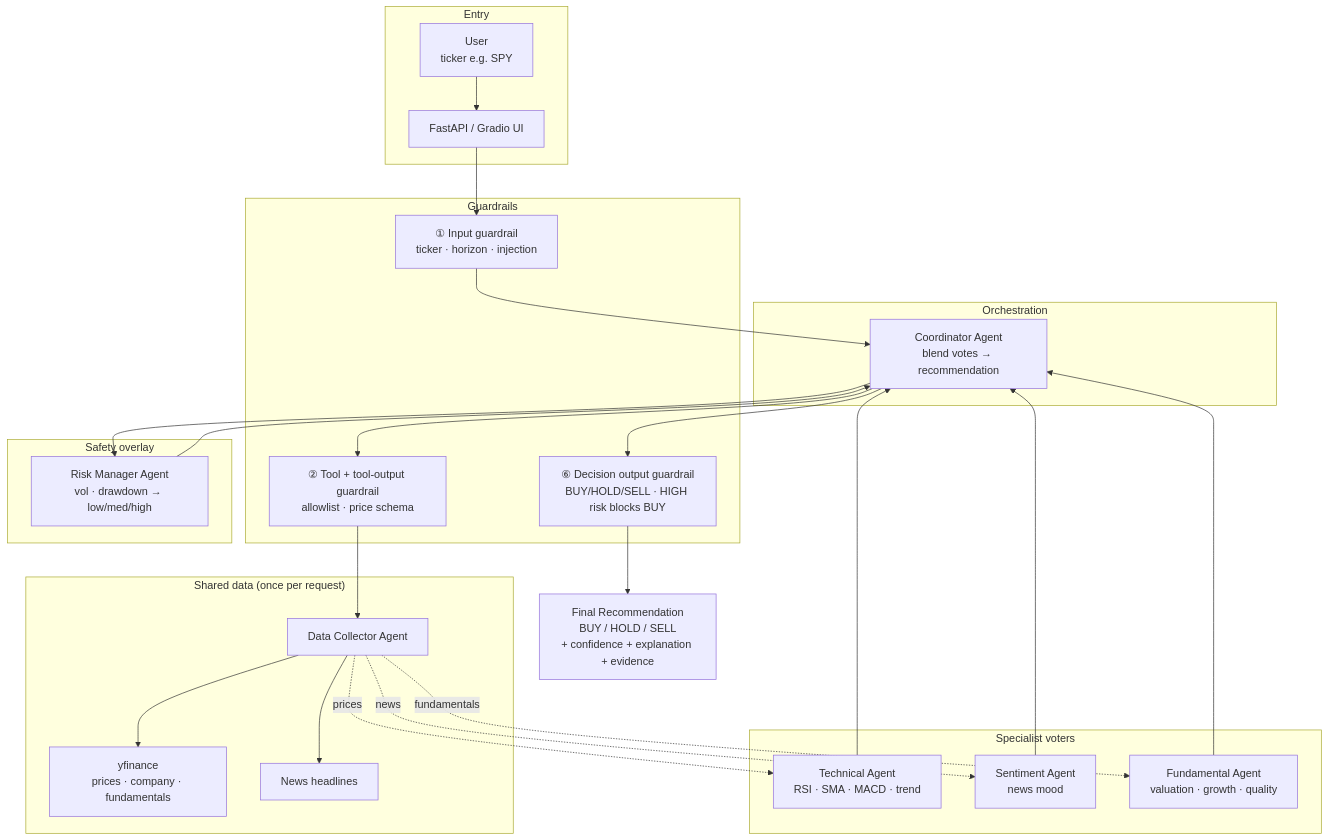
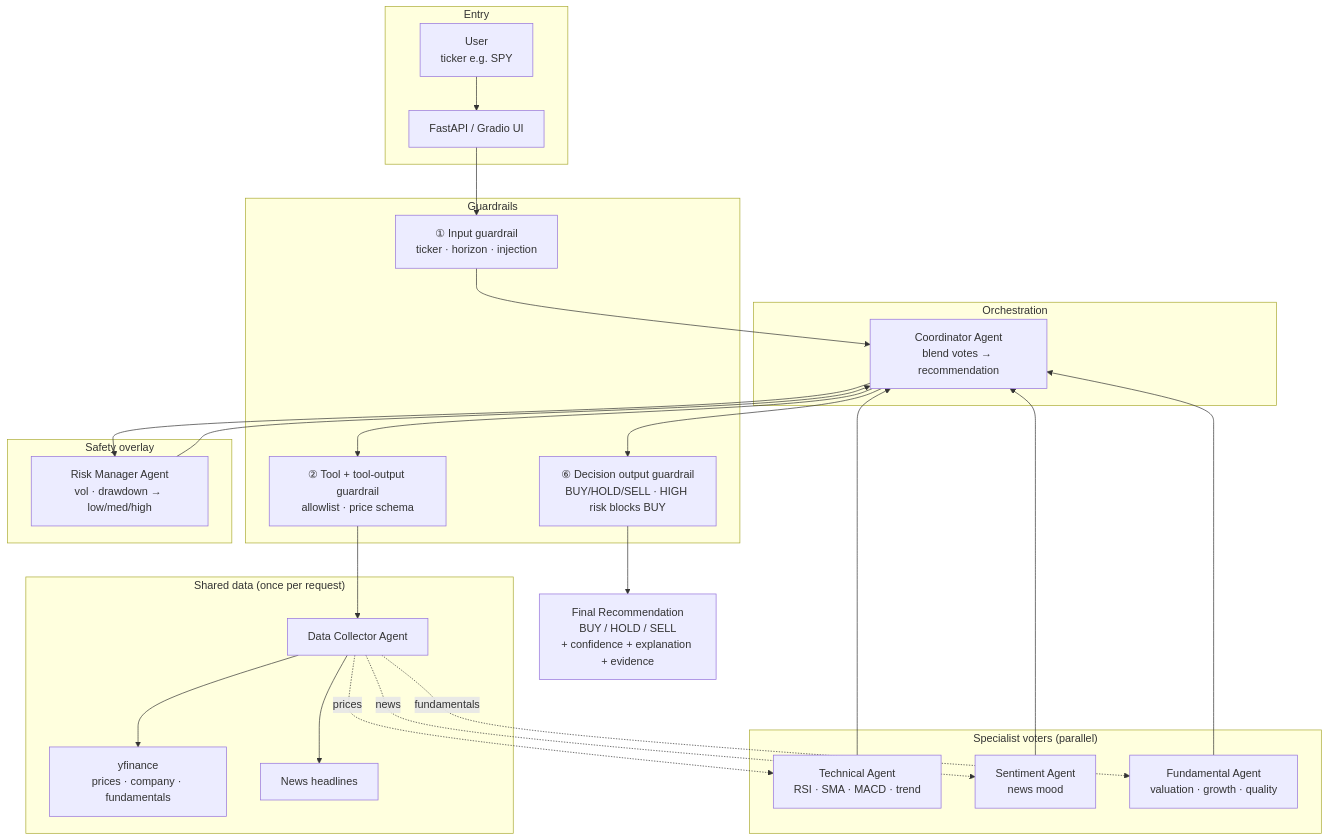
One commit to nandar-zaw/MarketMind changed the diagram in docs/PRESENTATION_AGENTS_AND_GUARDRAILS.md. Above: the diagram before and after it, drawn with Mermaid. The commit also changed 6 other files, not shown here.

Commit message:
Sync docs with parallel specialists, Gradio UI, and current roadmap.

````diff
--- a/docs/PRESENTATION_AGENTS_AND_GUARDRAILS.md
+++ b/docs/PRESENTATION_AGENTS_AND_GUARDRAILS.md
@@ -33,49 +33,49 @@
 ```mermaid
 flowchart TB
     subgraph Entry["Entry"]
         User["User<br/>ticker e.g. SPY"]
         UI["FastAPI / Gradio UI"]
     end
 
     subgraph Safety["Guardrails"]
         IG["① Input guardrail<br/>ticker · horizon · injection"]
         TG["② Tool + tool-output guardrail<br/>allowlist · price schema"]
         OG["⑥ Decision output guardrail<br/>BUY/HOLD/SELL · HIGH risk blocks BUY"]
     end
 
     subgraph Orch["Orchestration"]
         Coord["Coordinator Agent<br/>blend votes → recommendation"]
     end
 
     subgraph DataLayer["Shared data (once per request)"]
         Data["Data Collector Agent"]
         Mkt["yfinance<br/>prices · company · fundamentals"]
         News["News headlines"]
     end
 
-    subgraph Specialists["Specialist voters"]
+    subgraph Specialists["Specialist voters (parallel)"]
         Tech["Technical Agent<br/>RSI · SMA · MACD · trend"]
         Sent["Sentiment Agent<br/>news mood"]
         Fund["Fundamental Agent<br/>valuation · growth · quality"]
     end
 
     subgraph Overlay["Safety overlay"]
         Risk["Risk Manager Agent<br/>vol · drawdown → low/med/high"]
     end
 
     Result["Final Recommendation<br/>BUY / HOLD / SELL<br/>+ confidence + explanation + evidence"]
 
     User --> UI --> IG --> Coord
     Coord --> TG --> Data
     Data --> Mkt
     Data --> News
     Data -.->|prices| Tech
     Data -.->|news| Sent
     Data -.->|fundamentals| Fund
     Tech --> Coord
     Sent --> Coord
     Fund --> Coord
     Coord --> Risk
     Risk --> Coord
     Coord --> OG --> Result
 ```
````
